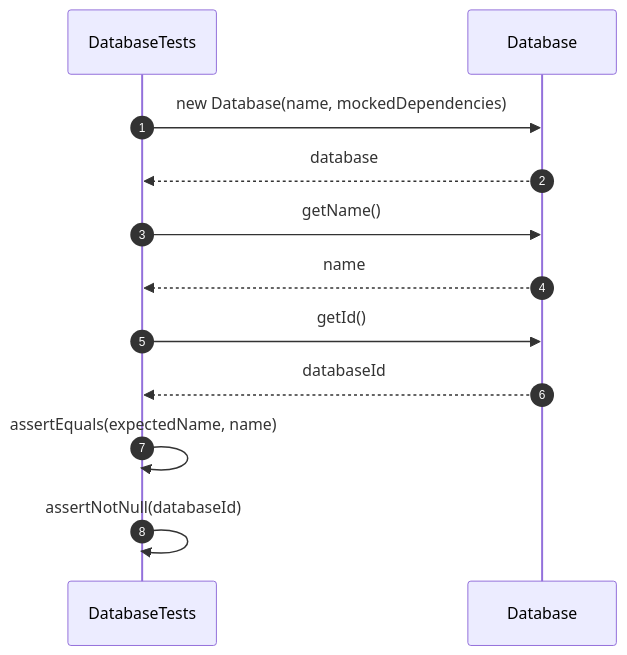
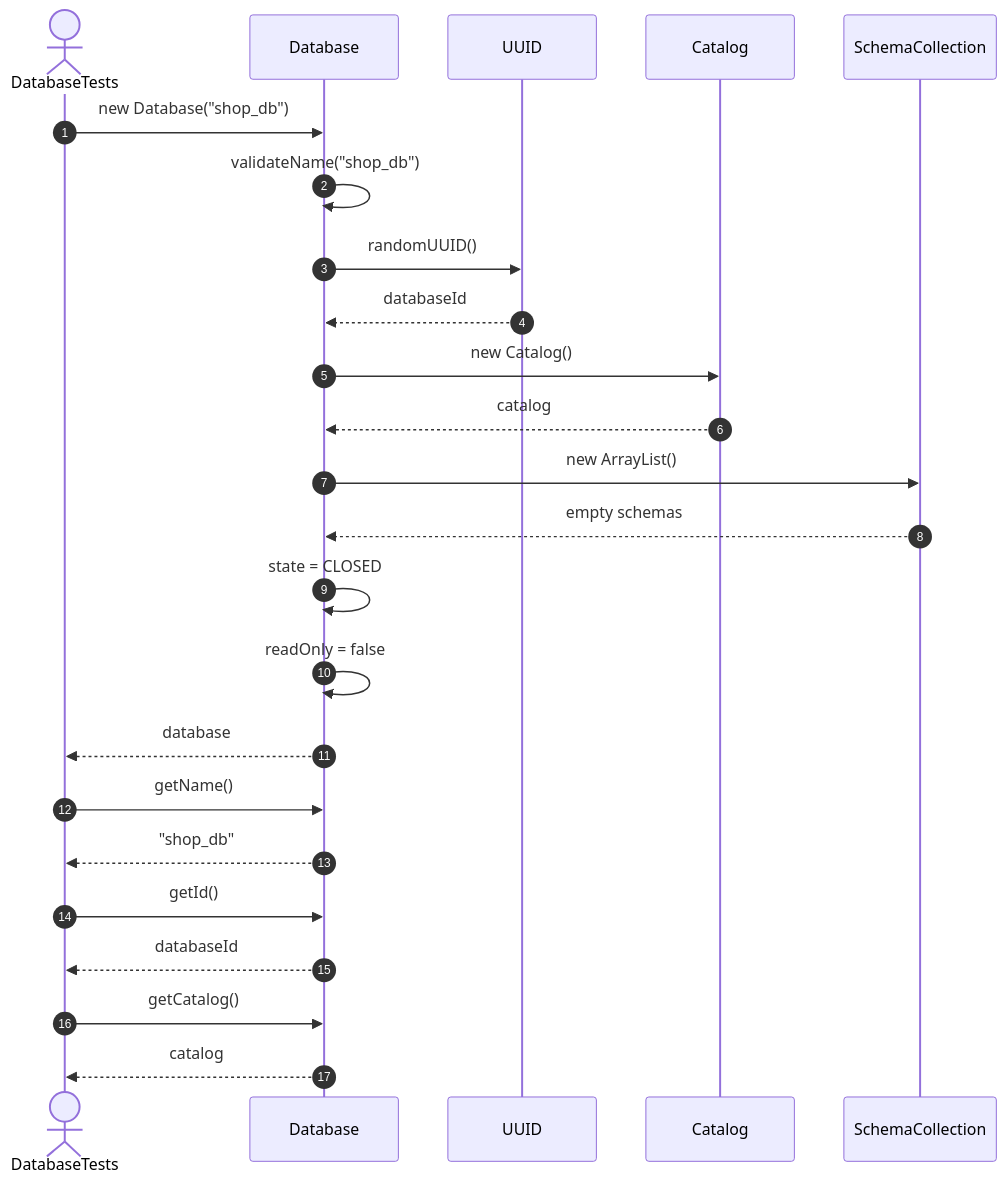
Before and after one commit to FhuAnn/-bbv-AN-s-DBMS: the first of 41 diagrams in src/tests/unit/database/sequences/database-testing.se.md, drawn with Mermaid. The commit also changed other lines of this file and 60 other files, not shown here.

````diff
--- a/src/tests/unit/database/sequences/database-testing.se.md
+++ b/src/tests/unit/database/sequences/database-testing.se.md
@@ -6,19 +5,36 @@
 ```mermaid
 sequenceDiagram
     autonumber
 
-    participant Test as DatabaseTests
-    participant Database
+    actor Test as DatabaseTests
+    participant DB as Database
+    participant UUID as UUID
+    participant C as Catalog
+    participant SC as SchemaCollection
 
-    Test->>Database: new Database(name, mockedDependencies)
-    Database-->>Test: database
+    Test->>DB: new Database("shop_db")
 
-    Test->>Database: getName()
-    Database-->>Test: name
+    DB->>DB: validateName("shop_db")
+    DB->>UUID: randomUUID()
+    UUID-->>DB: databaseId
 
-    Test->>Database: getId()
-    Database-->>Test: databaseId
+    DB->>C: new Catalog()
+    C-->>DB: catalog
 
-    Test->>Test: assertEquals(expectedName, name)
-    Test->>Test: assertNotNull(databaseId)
+    DB->>SC: new ArrayList()
+    SC-->>DB: empty schemas
+
+    DB->>DB: state = CLOSED
+    DB->>DB: readOnly = false
+
+    DB-->>Test: database
+
+    Test->>DB: getName()
+    DB-->>Test: "shop_db"
+
+    Test->>DB: getId()
+    DB-->>Test: databaseId
+
+    Test->>DB: getCatalog()
+    DB-->>Test: catalog
 ```
````
